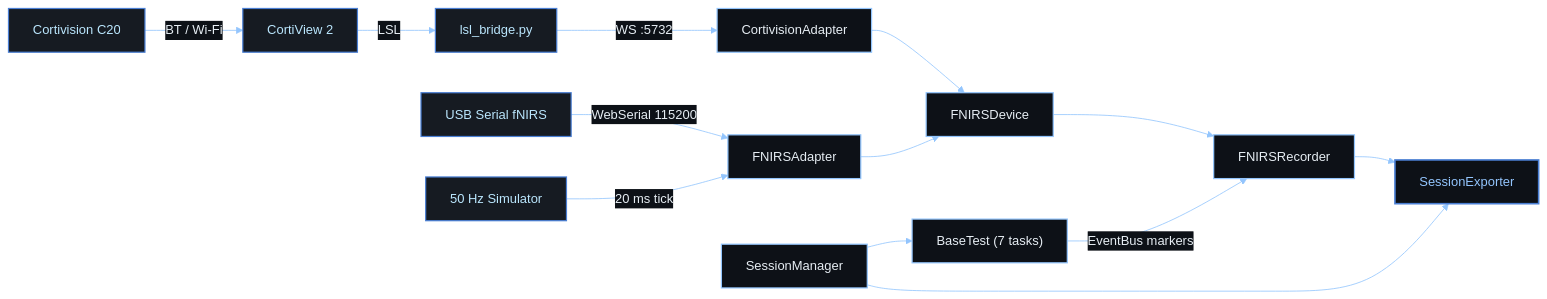
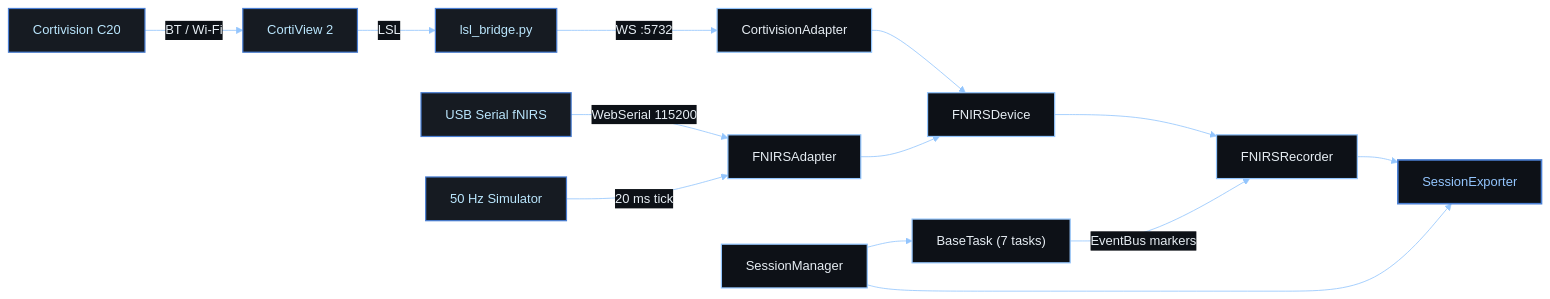
One commit to BinaryWiz4rd/cognirs-dashboard changed the diagram in docs/TECHNICAL.md. Above: the diagram before and after it, drawn with Mermaid. The commit also changed other lines of this file, not shown here.

First line of the commit message:
docs(technical): refactor documentation for cognitive tasks directory

````diff
--- a/docs/TECHNICAL.md
+++ b/docs/TECHNICAL.md
@@ -19,37 +19,37 @@
 ```mermaid
 %%{init: {
   'theme': 'base',
   'themeVariables': {
     'primaryColor': '#0d1117',
     'primaryTextColor': '#e6edf3',
     'primaryBorderColor': '#93c5fd',
     'lineColor': '#93c5fd',
     'secondaryColor': '#161b22',
     'tertiaryColor': '#0d1117',
     'tertiaryTextColor': '#bae6fd',
     'textColor': '#bae6fd',
     'edgeLabelBackground': '#0d1117',
     'fontFamily': 'ui-monospace, SFMono-Regular, Menlo, Monaco, Consolas, monospace'
   }
 }}%%
 flowchart LR
   classDef source fill:#161b22,stroke:#4a7fd4,stroke-width:1.5px,color:#bae6fd
   classDef core fill:#0d1117,stroke:#93c5fd,stroke-width:1.5px,color:#e6edf3
   classDef export fill:#0d1117,stroke:#4a7fd4,stroke-width:2px,color:#93c5fd
 
   C20["Cortivision C20"]:::source -->|BT / Wi-Fi| CV2["CortiView 2"]:::source
   CV2 -->|LSL| Bridge["lsl_bridge.py"]:::source
   Bridge -->|WS :5732| CortiAdp["CortivisionAdapter"]:::core
 
   USB["USB Serial fNIRS"]:::source -->|WebSerial 115200| FnirsAdp["FNIRSAdapter"]:::core
   Sim["50 Hz Simulator"]:::source -->|20 ms tick| FnirsAdp
 
   CortiAdp --> Device["FNIRSDevice"]:::core
   FnirsAdp --> Device
   Device --> Recorder["FNIRSRecorder"]:::core
 
-  SessMgr["SessionManager"]:::core --> Tasks["BaseTest (7 tasks)"]:::core
+  SessMgr["SessionManager"]:::core --> Tasks["BaseTask (7 tasks)"]:::core
   Tasks -->|EventBus markers| Recorder
   SessMgr --> Exporter["SessionExporter"]:::export
   Recorder --> Exporter
 ```
````
